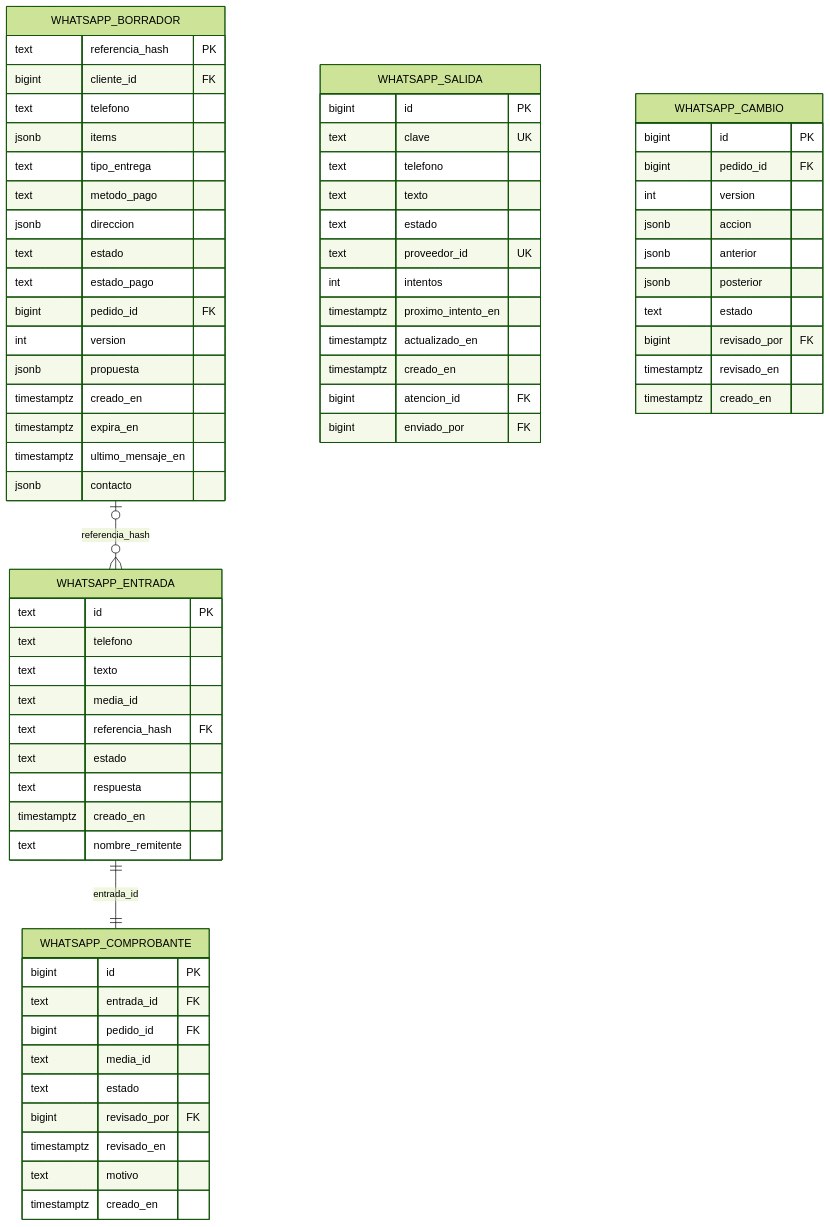
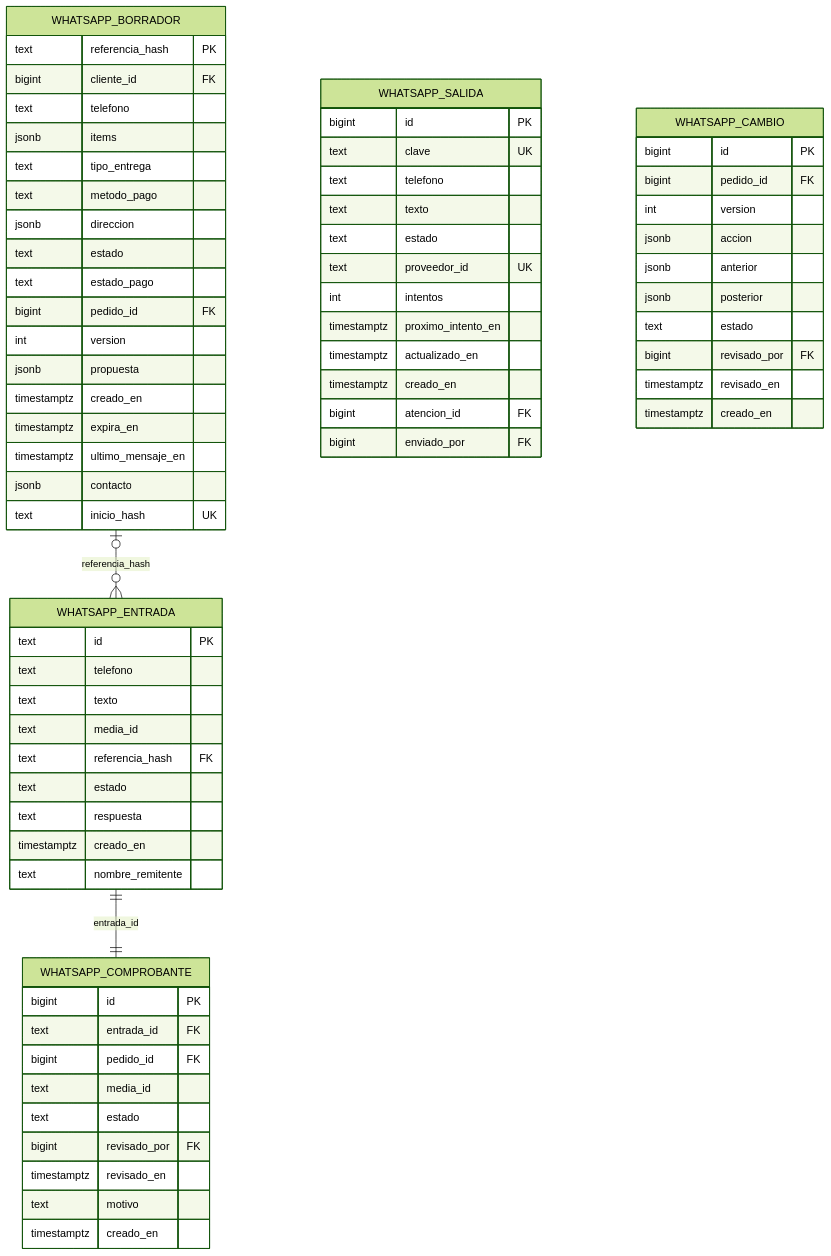
The eighth of 10 diagrams in docs/DER.md (Ignapag/Proyecto---Seminario-Integrador-2026), drawn with Mermaid (forest theme) before and after one commit. The commit also changed 15 other files, not shown here.

````diff
--- a/docs/DER.md
+++ b/docs/DER.md
@@ -463,71 +463,72 @@
 ```mermaid
 erDiagram
     WHATSAPP_BORRADOR o|--o{ WHATSAPP_ENTRADA : referencia_hash
     WHATSAPP_ENTRADA ||--|| WHATSAPP_COMPROBANTE : entrada_id
     WHATSAPP_BORRADOR {
         text referencia_hash PK
         bigint cliente_id FK
         text telefono
         jsonb items
         text tipo_entrega
         text metodo_pago
         jsonb direccion
         text estado
         text estado_pago
         bigint pedido_id FK
         int version
         jsonb propuesta
         timestamptz creado_en
         timestamptz expira_en
         timestamptz ultimo_mensaje_en
         jsonb contacto
+        text inicio_hash UK
     }
     WHATSAPP_ENTRADA {
         text id PK
         text telefono
         text texto
         text media_id
         text referencia_hash FK
         text estado
         text respuesta
         timestamptz creado_en
         text nombre_remitente
     }
     WHATSAPP_SALIDA {
         bigint id PK
         text clave UK
         text telefono
         text texto
         text estado
         text proveedor_id UK
         int intentos
         timestamptz proximo_intento_en
         timestamptz actualizado_en
         timestamptz creado_en
         bigint atencion_id FK
         bigint enviado_por FK
     }
     WHATSAPP_CAMBIO {
         bigint id PK
         bigint pedido_id FK
         int version
         jsonb accion
         jsonb anterior
         jsonb posterior
         text estado
         bigint revisado_por FK
         timestamptz revisado_en
         timestamptz creado_en
     }
     WHATSAPP_COMPROBANTE {
         bigint id PK
         text entrada_id FK
         bigint pedido_id FK
         text media_id
         text estado
         bigint revisado_por FK
         timestamptz revisado_en
         text motivo
         timestamptz creado_en
     }
 ```
````
